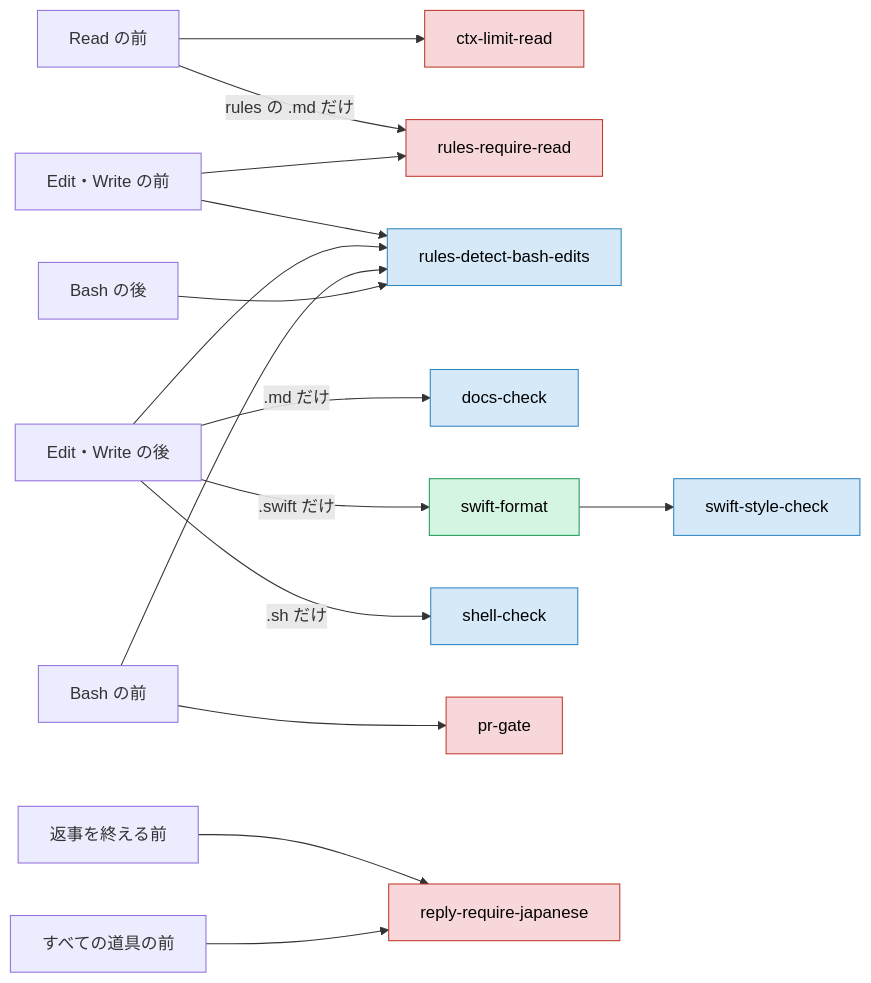
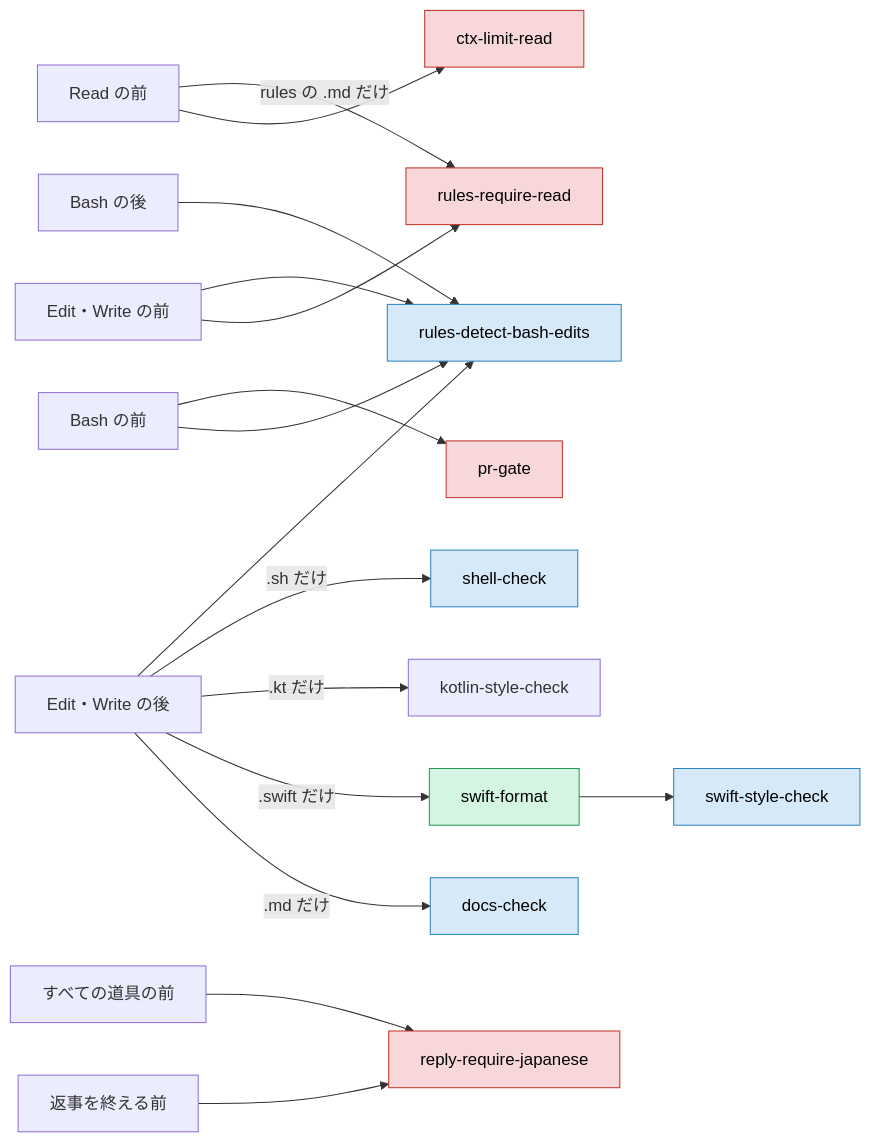
The diagram in docs/usage/components.md (yossibank/claude-config), drawn with Mermaid before and after one commit. The commit also changed other lines of this file and 9 other files, not shown here.

First line of the commit message:
feat: check kotlin blank lines that ktlint leaves alone

````diff
--- a/docs/usage/components.md
+++ b/docs/usage/components.md
@@ -33,24 +33,25 @@
 ```mermaid
 flowchart LR
     readBefore["Read の前"] --> limit["ctx-limit-read"]
     readBefore -->|rules の .md だけ| require["rules-require-read"]
     editBefore["Edit・Write の前"] --> require
     editBefore --> detect["rules-detect-bash-edits"]
     editAfter["Edit・Write の後"] -->|.md だけ| docs["docs-check"]
     editAfter -->|.swift だけ| swift["swift-format"]
     swift --> swiftStyle["swift-style-check"]
+    editAfter -->|.kt だけ| kotlinStyle["kotlin-style-check"]
     editAfter -->|.sh だけ| shell["shell-check"]
     editAfter --> detect
     bashBefore["Bash の前"] --> detect
     bashBefore --> gate["pr-gate"]
     bashAfter["Bash の後"] --> detect
     stop["返事を終える前"] --> japanese["reply-require-japanese"]
     toolBefore["すべての道具の前"] --> japanese
 
     classDef block fill:#f8d7da,stroke:#c0392b,color:#000
     classDef inform fill:#d6e9f8,stroke:#2e86c1,color:#000
     classDef tidy fill:#d5f5e3,stroke:#239b56,color:#000
     class limit,require,gate,japanese block
     class docs,swiftStyle,shell,detect inform
     class swift tidy
 ```
````
